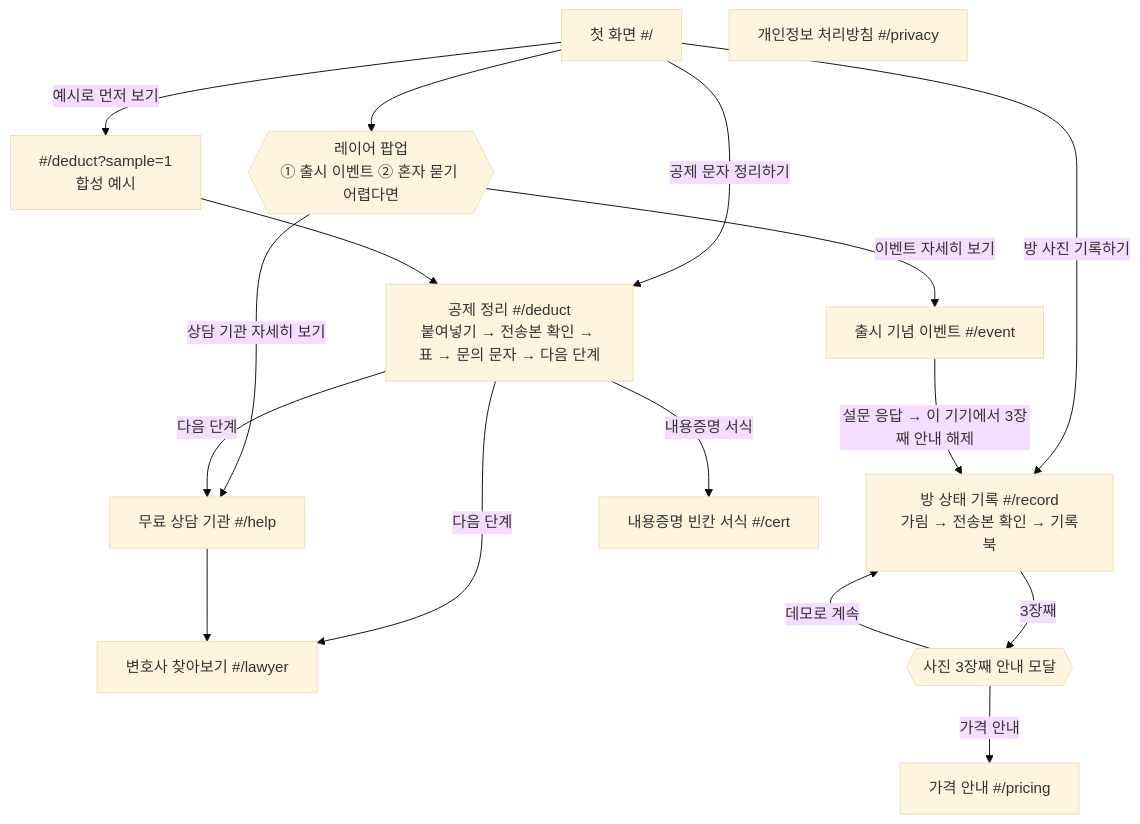
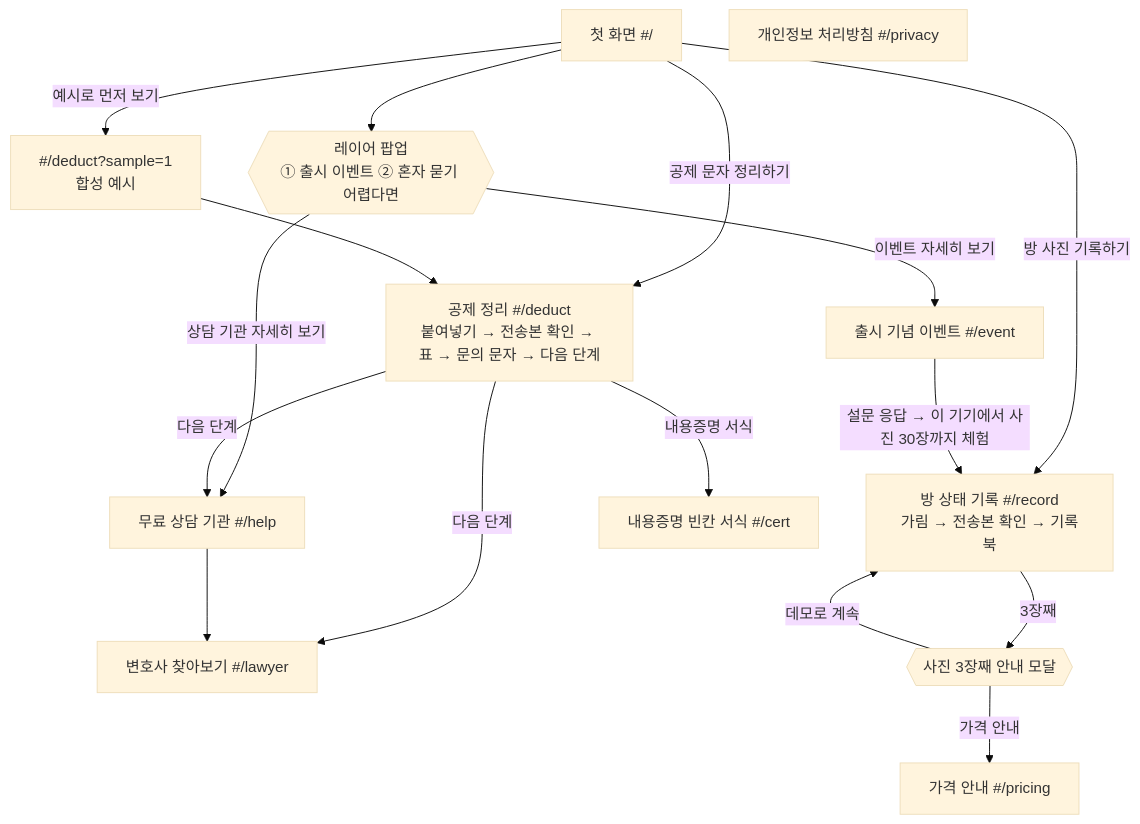
Before and after one commit to a1paka12/AIBuilder_Challenge: the diagram in docs/SCREENS.md, drawn with Mermaid (base theme). The commit also changed other lines of this file and 11 other files, not shown here.

````diff
--- a/docs/SCREENS.md
+++ b/docs/SCREENS.md
@@ -25,30 +25,30 @@
 ```mermaid
 flowchart TD
     HOME["첫 화면 #/"]
     POP{{"레이어 팝업<br/>① 출시 이벤트 ② 혼자 묻기 어렵다면"}}
     DEDUCT["공제 정리 #/deduct<br/>붙여넣기 → 전송본 확인 → 표 → 문의 문자 → 다음 단계"]
     SAMPLE["#/deduct?sample=1<br/>합성 예시"]
     RECORD["방 상태 기록 #/record<br/>가림 → 전송본 확인 → 기록북"]
     LAWYER["변호사 찾아보기 #/lawyer"]
     HELP["무료 상담 기관 #/help"]
     CERT["내용증명 빈칸 서식 #/cert"]
     PRICING["가격 안내 #/pricing"]
     EVENT["출시 기념 이벤트 #/event"]
     PRIVACY["개인정보 처리방침 #/privacy"]
     LIMIT{{"사진 3장째 안내 모달"}}
 
     HOME --> POP
     POP -->|"이벤트 자세히 보기"| EVENT
     POP -->|"상담 기관 자세히 보기"| HELP
     HOME -->|"공제 문자 정리하기"| DEDUCT
     HOME -->|"예시로 먼저 보기"| SAMPLE --> DEDUCT
     HOME -->|"방 사진 기록하기"| RECORD
     DEDUCT -->|"다음 단계"| LAWYER
     DEDUCT -->|"다음 단계"| HELP
     DEDUCT -->|"내용증명 서식"| CERT
     RECORD -->|"3장째"| LIMIT
     LIMIT -->|"가격 안내"| PRICING
     LIMIT -->|"데모로 계속"| RECORD
-    EVENT -->|"설문 응답 → 이 기기에서 3장째 안내 해제"| RECORD
+    EVENT -->|"설문 응답 → 이 기기에서 사진 30장까지 체험"| RECORD
     HELP --> LAWYER
 ```
````
